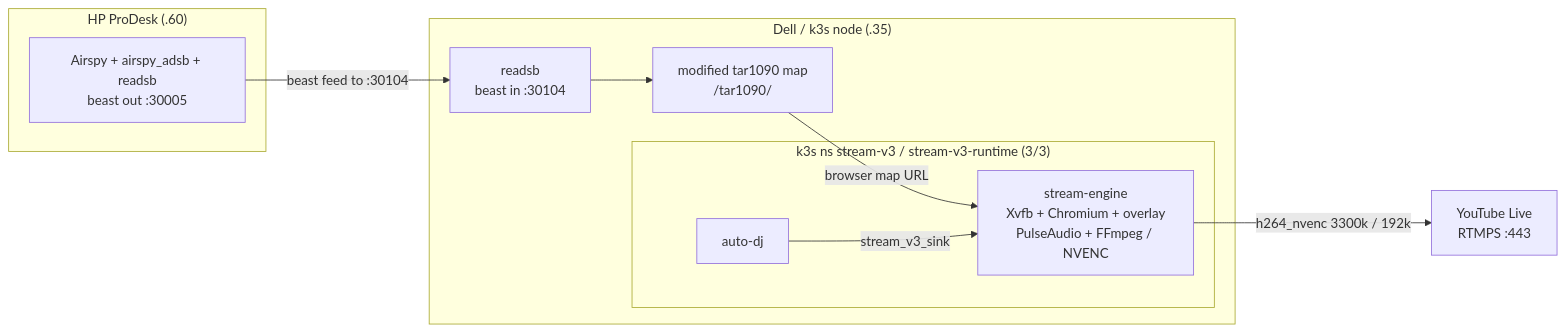
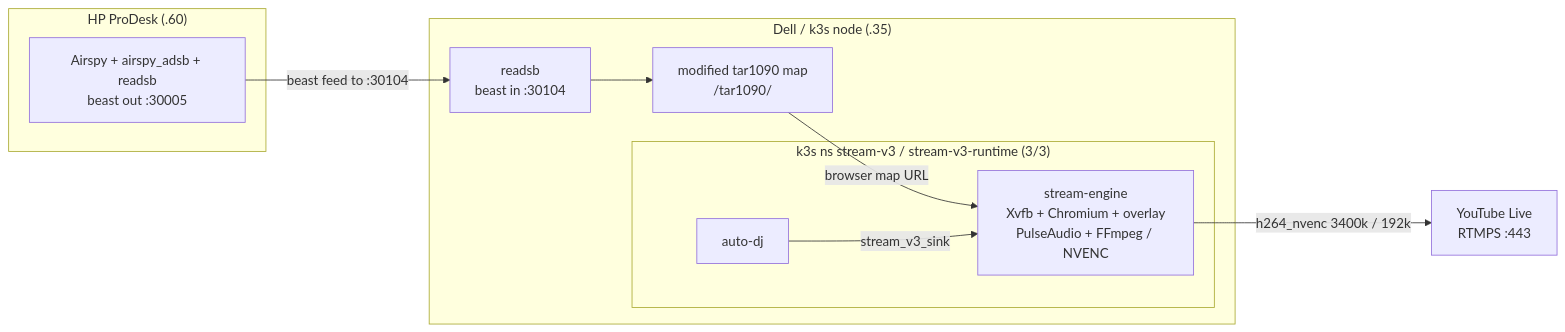
One commit to yukimurata0421/live-stream-systems-case-study changed the first of 2 diagrams in README.md. Above: the diagram before and after it, drawn with Mermaid. The commit also changed 19 other files, not shown here.

````diff
--- a/README.md
+++ b/README.md
@@ -49,23 +49,23 @@
 ```mermaid
 flowchart LR
     subgraph PD["HP ProDesk (.60)"]
         AIR["Airspy + airspy_adsb + readsb<br/>beast out :30005"]
     end
 
     subgraph DELL["Dell / k3s node (.35)"]
         RS["readsb<br/>beast in :30104"]
         T1090["modified tar1090 map<br/>/tar1090/"]
         subgraph K3S["k3s ns stream-v3 / stream-v3-runtime (3/3)"]
             ENG["stream-engine<br/>Xvfb + Chromium + overlay<br/>PulseAudio + FFmpeg / NVENC"]
             DJ["auto-dj"]
         end
     end
 
     YT["YouTube Live<br/>RTMPS :443"]
 
     AIR -->|beast feed to :30104| RS
     RS --> T1090
     T1090 -->|browser map URL| ENG
     DJ -->|stream_v3_sink| ENG
-    ENG -->|h264_nvenc 3300k / 192k| YT
+    ENG -->|h264_nvenc 3400k / 192k| YT
 ```
````
